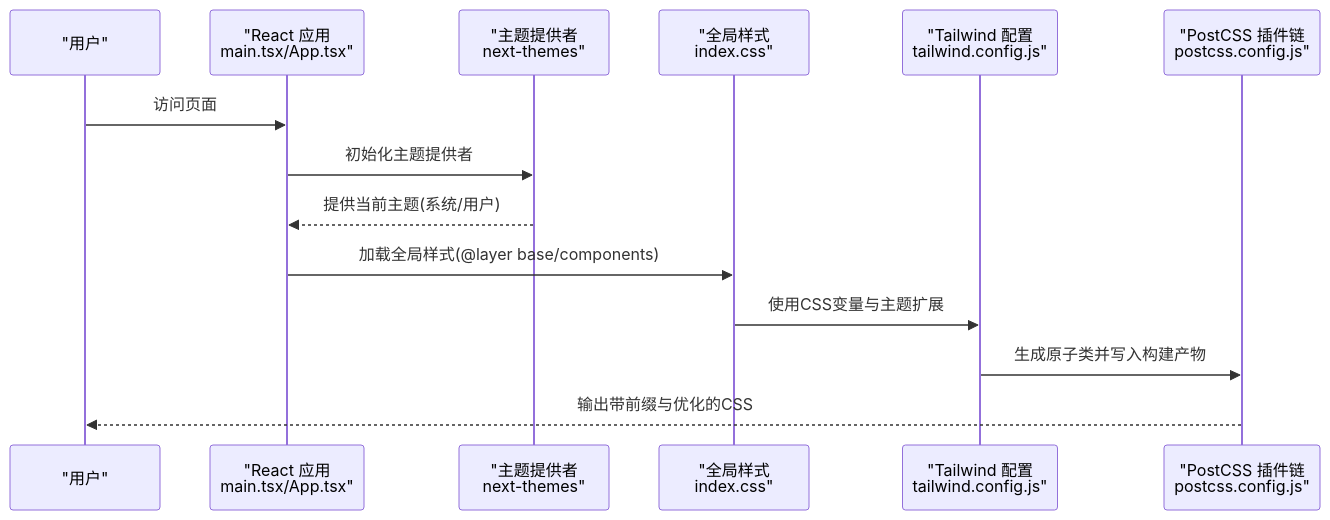
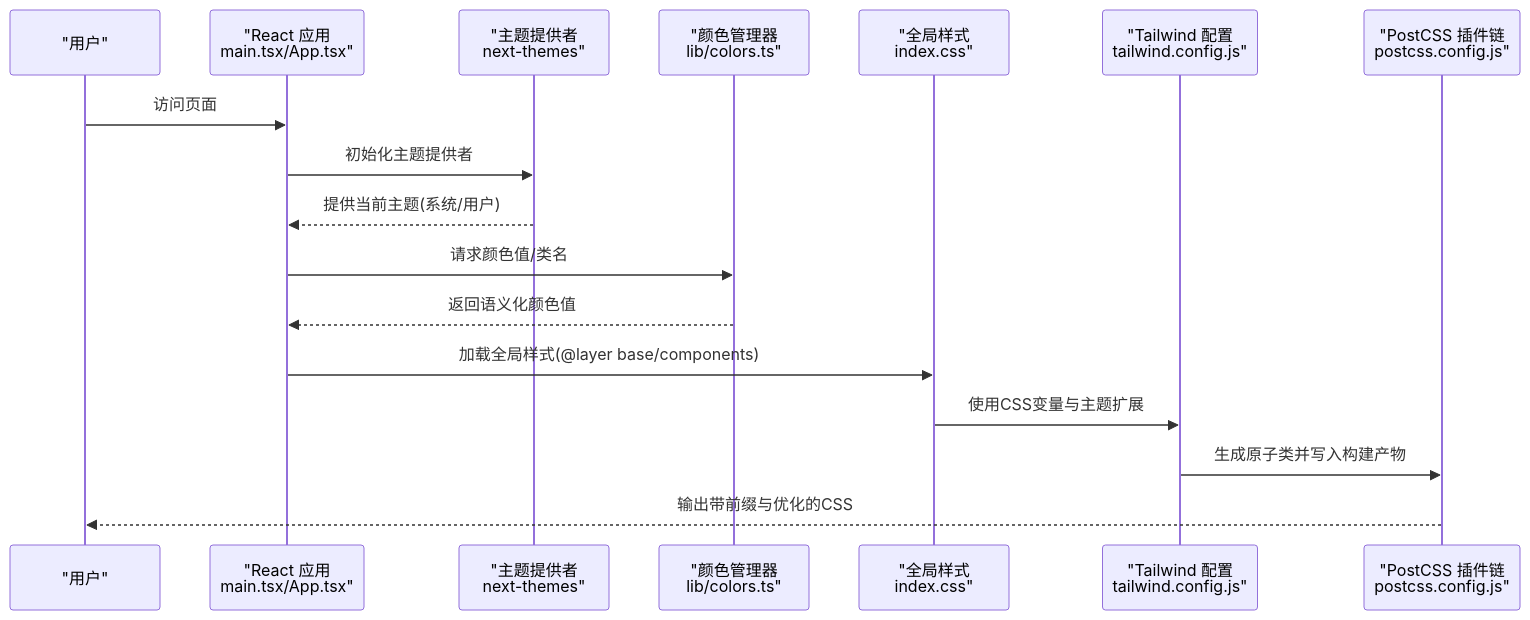
Before and after one commit to youkell85/FundTrader: the second of 10 diagrams in .qoder/repowiki/zh/content/前端应用文档/样式系统与主题.md, drawn with Mermaid. The commit also changed other lines of this file and 11 other files, not shown here.

````diff
--- a/.qoder/repowiki/zh/content/前端应用文档/样式系统与主题.md
+++ b/.qoder/repowiki/zh/content/前端应用文档/样式系统与主题.md
@@ -94,16 +123,19 @@
 ```mermaid
 sequenceDiagram
 participant U as "用户"
 participant RT as "React 应用<br/>main.tsx/App.tsx"
 participant TT as "主题提供者<br/>next-themes"
+participant CM as "颜色管理器<br/>lib/colors.ts"
 participant CSS as "全局样式<br/>index.css"
 participant TW as "Tailwind 配置<br/>tailwind.config.js"
 participant PC as "PostCSS 插件链<br/>postcss.config.js"
 U->>RT : 访问页面
 RT->>TT : 初始化主题提供者
 TT-->>RT : 提供当前主题(系统/用户)
+RT->>CM : 请求颜色值/类名
+CM-->>RT : 返回语义化颜色值
 RT->>CSS : 加载全局样式(@layer base/components)
 CSS->>TW : 使用CSS变量与主题扩展
 TW->>PC : 生成原子类并写入构建产物
 PC-->>U : 输出带前缀与优化的CSS
 ```
````
